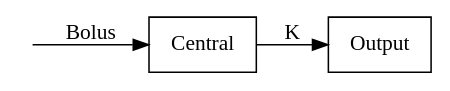
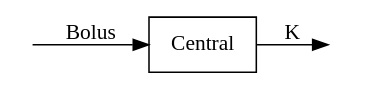
One commit to pharmpy/pharmpy changed the first of 4 diagrams in docs/modeling.rst. Above: the diagram before and after it, drawn with Graphviz. The commit also changed other lines of this file, not shown here.

```diff
--- a/docs/modeling.rst
+++ b/docs/modeling.rst
@@ -52,9 +52,10 @@
 .. graphviz::
 
    digraph fo {
      rankdir = LR
      node [shape=box]
      S [label="S", style=invis, width=0, height=0, margin=0];
-     "Central" -> "Output" [label=K];
+     Output [label="O", style=invis, width=0, height=0, margin=0];
+     "Central" -> Output [label=K];
      S -> "Central" [label="Bolus"];
    }
```
